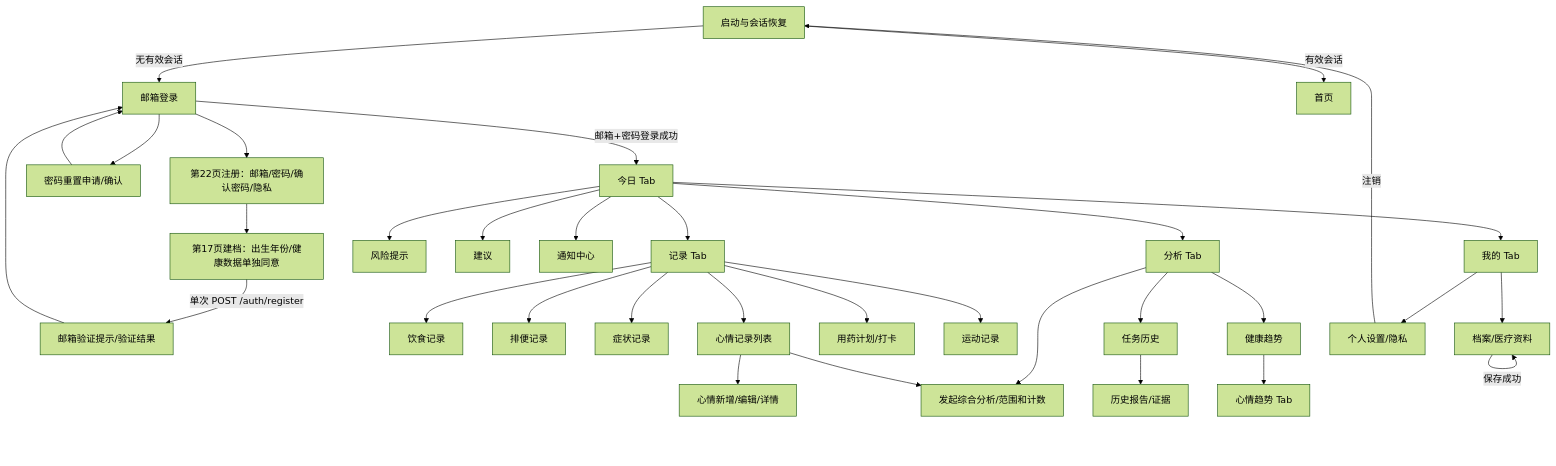
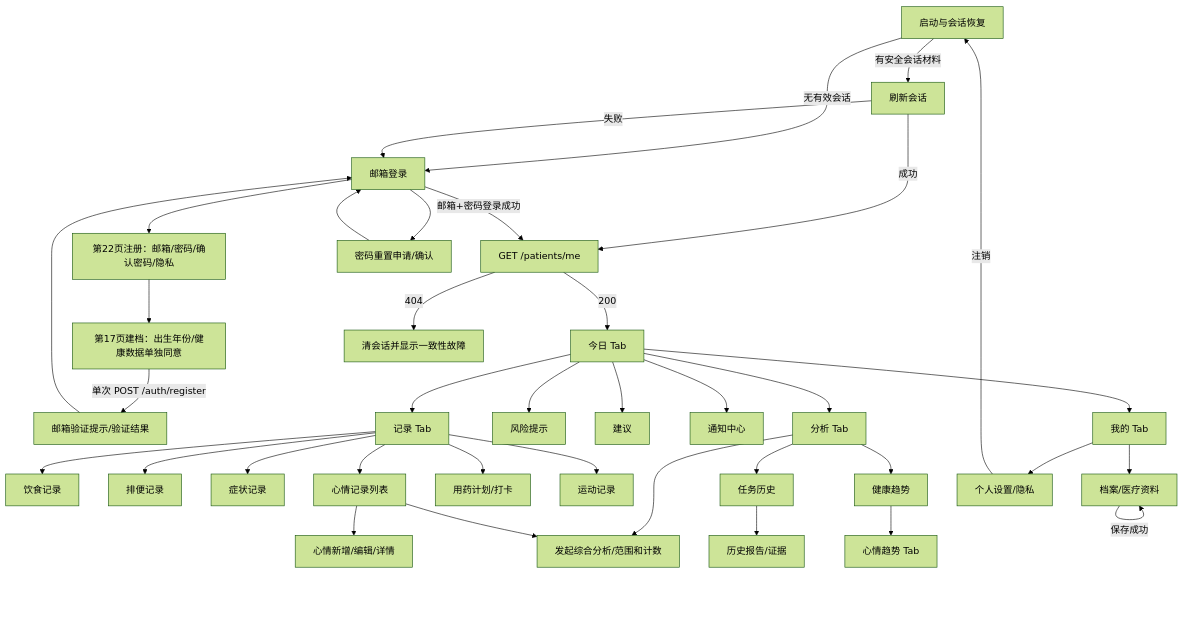
Before and after one commit to yeyeyelzy/gutcare-agent: the diagram in docs/前端开发与前后端联调计划.md, drawn with Mermaid (forest theme). The commit also changed other lines of this file and 22 other files, not shown here.

````diff
--- a/docs/前端开发与前后端联调计划.md
+++ b/docs/前端开发与前后端联调计划.md
@@ -61,35 +61,39 @@
 ```mermaid
 flowchart TD
   Launch[启动与会话恢复] -->|无有效会话| Login[邮箱登录]
-  Launch -->|有效会话| Home[首页]
+  Launch -->|有安全会话材料| Restore[刷新会话]
+  Restore -->|成功| ProfileLoad[GET /patients/me]
+  Restore -->|失败| Login
   Login --> Register22[第22页注册：邮箱/密码/确认密码/隐私]
   Register22 --> Register17[第17页建档：出生年份/健康数据单独同意]
   Register17 -->|单次 POST /auth/register| Verify[邮箱验证提示/验证结果]
   Verify --> Login
   Login --> Reset[密码重置申请/确认]
   Reset --> Login
-  Login -->|邮箱+密码登录成功| Today[今日 Tab]
+  Login -->|邮箱+密码登录成功| ProfileLoad
+  ProfileLoad -->|200| Today[今日 Tab]
+  ProfileLoad -->|404| SafeProfileError[清会话并显示一致性故障]
   Today --> Records[记录 Tab]
   Records --> Diet[饮食记录]
   Records --> Stool[排便记录]
   Records --> Symptoms[症状记录]
   Records --> MoodList[心情记录列表]
   MoodList --> MoodForm[心情新增/编辑/详情]
   Records --> Medication[用药计划/打卡]
   Records --> Activity[运动记录]
   Today --> Risk[风险提示]
   Today --> Advice[建议]
   Today --> Notifications[通知中心]
   Today --> Analysis[分析 Tab]
   Analysis --> AnalysisStart[发起综合分析/范围和计数]
   Analysis --> TaskHistory[任务历史]
   TaskHistory --> Report[历史报告/证据]
   Analysis --> Trends[健康趋势]
   Trends --> MoodTrend[心情趋势 Tab]
   MoodList --> AnalysisStart
   Today --> Mine[我的 Tab]
   Mine --> Profile[档案/医疗资料]
   Mine --> Settings[个人设置/隐私]
   Profile -->|保存成功| Profile
   Settings -->|注销| Launch
 ```
````
